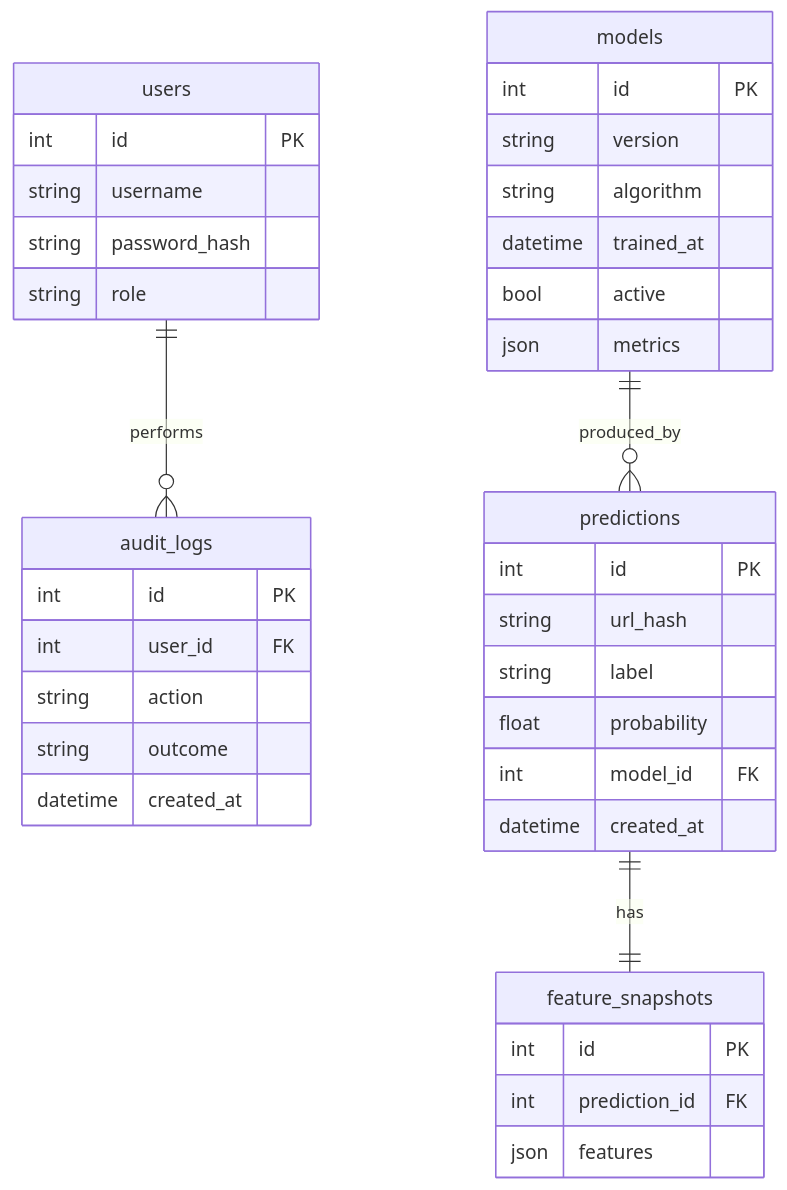
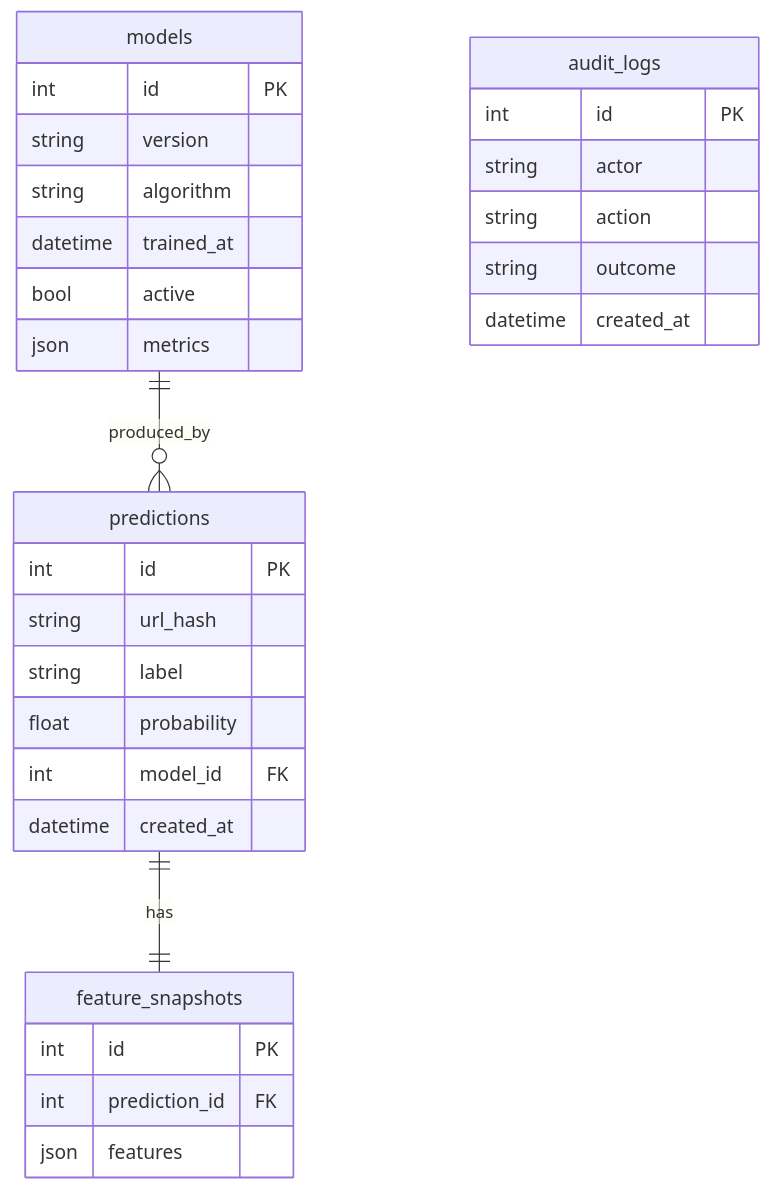
The fourth of 4 diagrams in docs/architecture.md (skyequack/phising-detection), drawn with Mermaid before and after one commit. The commit also changed other lines of this file and 3 other files, not shown here.

````diff
--- a/docs/architecture.md
+++ b/docs/architecture.md
@@ -117,11 +125,9 @@
 ```mermaid
 erDiagram
-    users ||--o{ audit_logs : performs
     models ||--o{ predictions : produced_by
     predictions ||--|| feature_snapshots : has
-    users { int id PK  string username  string password_hash  string role }
     models { int id PK  string version  string algorithm  datetime trained_at  bool active  json metrics }
     predictions { int id PK  string url_hash  string label  float probability  int model_id FK  datetime created_at }
     feature_snapshots { int id PK  int prediction_id FK  json features }
-    audit_logs { int id PK  int user_id FK  string action  string outcome  datetime created_at }
+    audit_logs { int id PK  string actor  string action  string outcome  datetime created_at }
 ```
````
